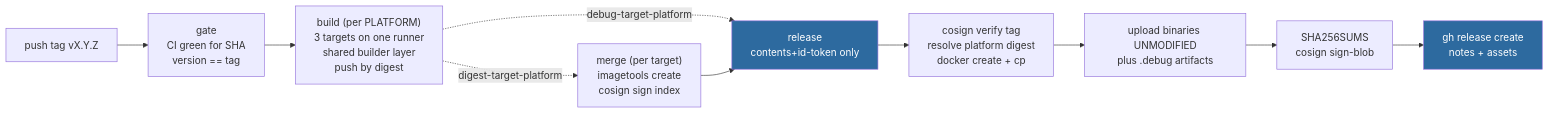
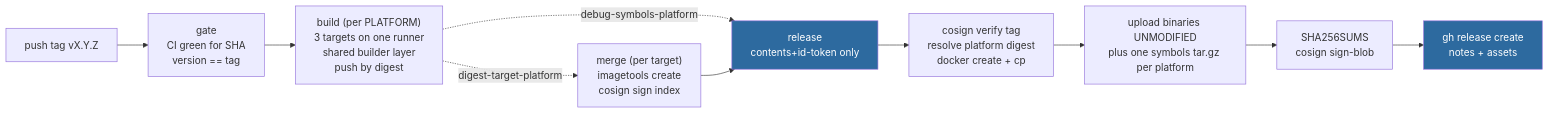
Before and after one commit to NOFireAI/ravel: the first of 2 diagrams in docs/adrs/0086-github-releases-and-release-hygiene.md, drawn with Mermaid. The commit also changed other lines of this file and 1 other file, not shown here.

````diff
--- a/docs/adrs/0086-github-releases-and-release-hygiene.md
+++ b/docs/adrs/0086-github-releases-and-release-hygiene.md
@@ -62,14 +62,14 @@
 ```mermaid
 flowchart LR
   T["push tag vX.Y.Z"] --> G["gate<br/>CI green for SHA<br/>version == tag"]
   G --> B["build (per PLATFORM)<br/>3 targets on one runner<br/>shared builder layer<br/>push by digest"]
   B -.->|"digest-target-platform"| M
-  B -.->|"debug-target-platform"| R
+  B -.->|"debug-symbols-platform"| R
   M["merge (per target)<br/>imagetools create<br/>cosign sign index"] --> R["release<br/>contents+id-token only"]
   R --> E["cosign verify tag<br/>resolve platform digest<br/>docker create + cp"]
-  E --> A["upload binaries UNMODIFIED<br/>plus .debug artifacts"]
+  E --> A["upload binaries UNMODIFIED<br/>plus one symbols tar.gz per platform"]
   A --> C["SHA256SUMS<br/>cosign sign-blob"]
   C --> P["gh release create<br/>notes + assets"]
   style R fill:#2d6a9f,color:#fff
   style P fill:#2d6a9f,color:#fff
 ```
````
